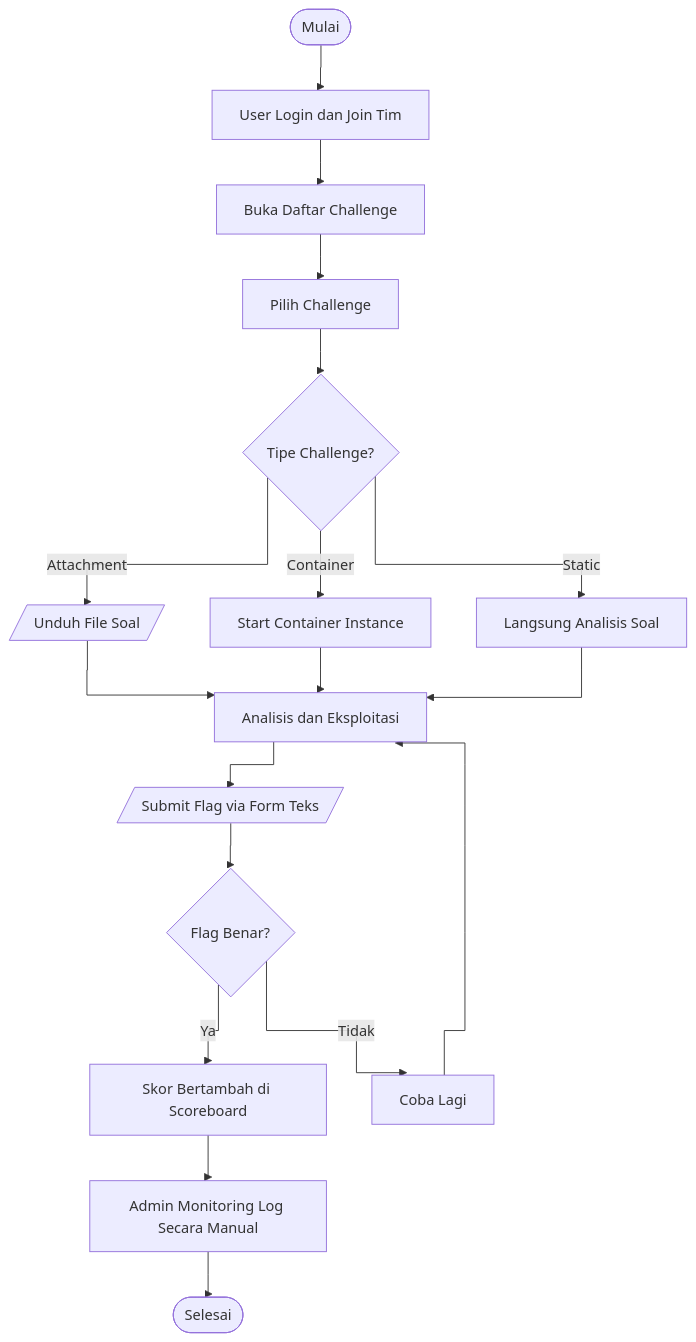
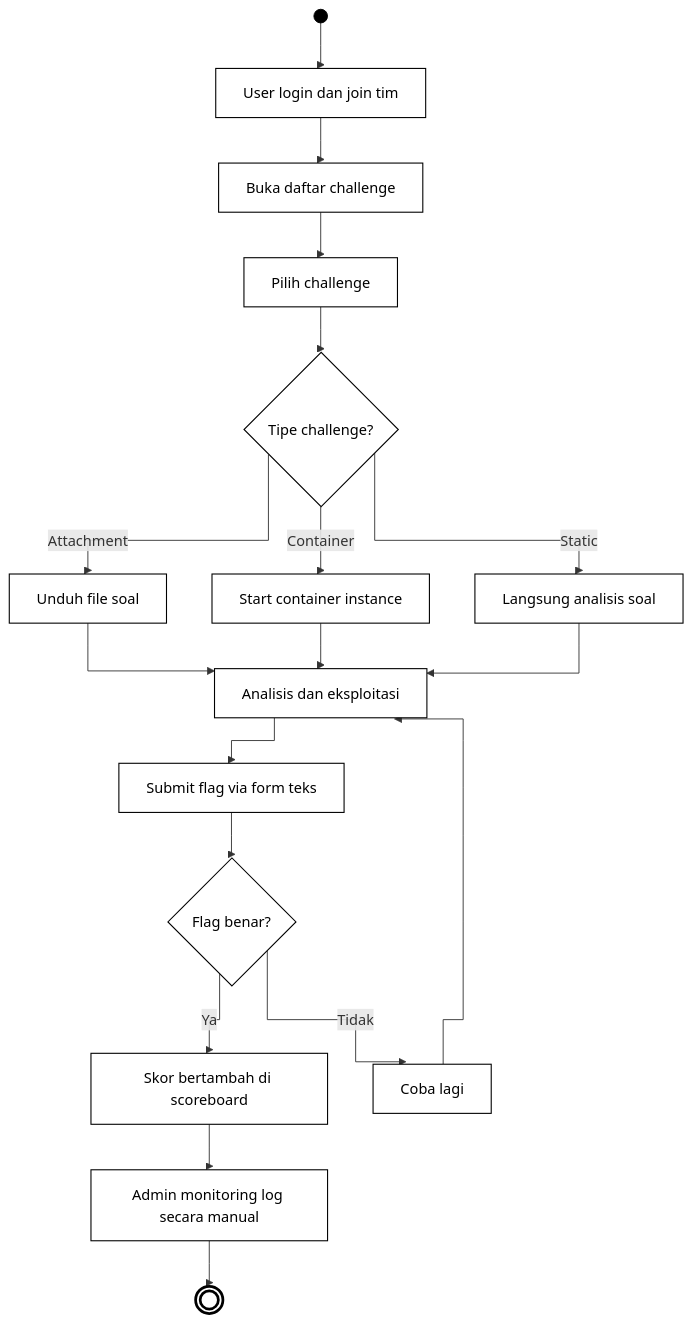
Before and after one commit to dimasma0305/proposal-skripsi: the second of 10 diagrams in index.qmd, drawn with Mermaid.

Commit message:
docs: Update existing user flow Mermaid diagram with a new caption, node styling, and minor text adjustments.

````diff
--- a/index.qmd
+++ b/index.qmd
@@ -347,23 +347,31 @@
 ```{mermaid}
-%%| fig-cap: "Flowchart Alur Existing User Saat Mengikuti Lomba CTF"
+%%| fig-cap: "Activity Diagram Alur Manual Eksisting Peserta Saat Kompetisi"
 %%| label: fig-existing-user-flow
 %%{init: {"flowchart": {"curve": "stepBefore"}}}%%
 flowchart TD
-    Start([Mulai]) --> A[User Login dan Join Tim]
-    A --> B[Buka Daftar Challenge]
-    B --> C[Pilih Challenge]
-    C --> D{Tipe Challenge?}
-    D -- Attachment --> E[/Unduh File Soal/]
-    D -- Container --> F[Start Container Instance]
-    D -- Static --> G[Langsung Analisis Soal]
-    E --> H[Analisis dan Eksploitasi]
+    classDef initial fill:#000,stroke:#000,color:#000;
+    classDef final fill:#fff,stroke:#000,stroke-width:3px,color:#000;
+    classDef action fill:#fff,stroke:#000,stroke-width:1.2px,color:#000;
+    classDef decision fill:#fff,stroke:#000,stroke-width:1.2px,color:#000;
+
+    Start(( )):::initial
+    End((( ))):::final
+
+    Start --> A[User login dan join tim]:::action
+    A --> B[Buka daftar challenge]:::action
+    B --> C[Pilih challenge]:::action
+    C --> D{Tipe challenge?}:::decision
+    D -- Attachment --> E[Unduh file soal]:::action
+    D -- Container --> F[Start container instance]:::action
+    D -- Static --> G[Langsung analisis soal]:::action
+    E --> H[Analisis dan eksploitasi]:::action
     F --> H
     G --> H
-    H --> I[/Submit Flag via Form Teks/]
-    I --> J{Flag Benar?}
-    J -- Ya --> K[Skor Bertambah di Scoreboard]
-    J -- Tidak --> L[Coba Lagi]
+    H --> I[Submit flag via form teks]:::action
+    I --> J{Flag benar?}:::decision
+    J -- Ya --> K[Skor bertambah di scoreboard]:::action
+    J -- Tidak --> L[Coba lagi]:::action
     L --> H
-    K --> M[Admin Monitoring Log Secara Manual]
-    M --> End([Selesai])
+    K --> M[Admin monitoring log secara manual]:::action
+    M --> End
 ```
````
